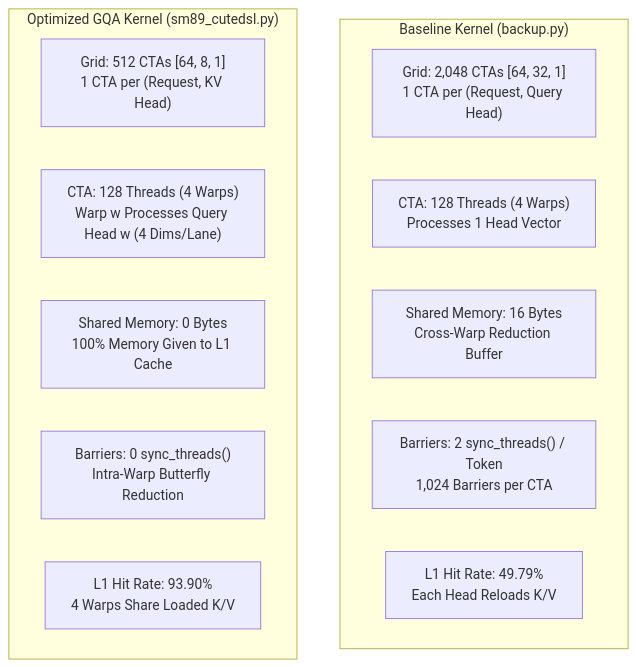
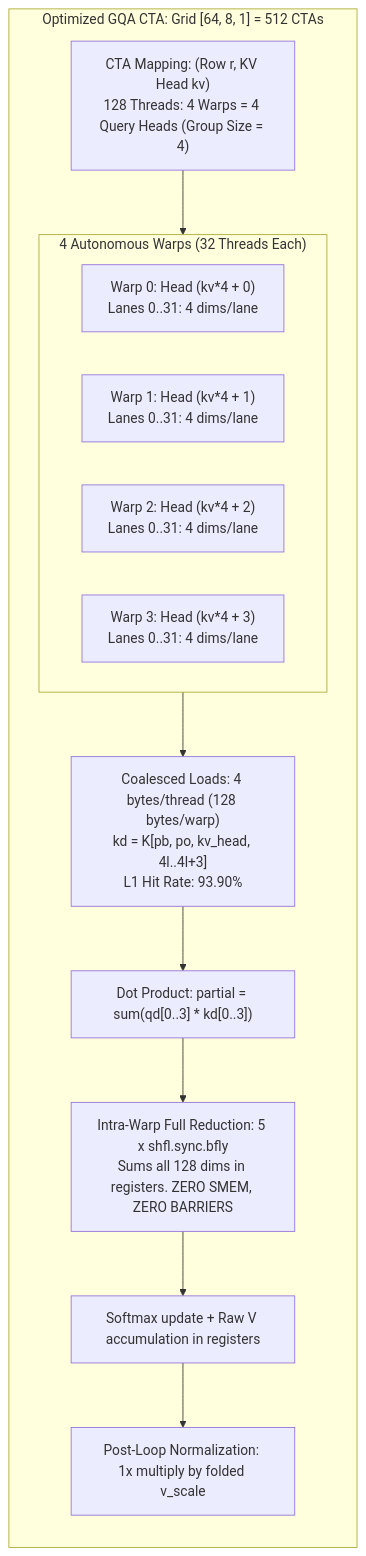
Before and after one commit to Ammar-Alnagar/QSA-FP8-SM89: the second of 2 diagrams in wrtiteup.md, drawn with Mermaid. The commit also changed other lines of this file, not shown here.

First line of the commit message:
Update technical report with SM89 GQA kernel optimization analysis

````diff
--- a/wrtiteup.md
+++ b/wrtiteup.md
@@ -46,18 +113,22 @@
 ```mermaid
 flowchart TD
-    subgraph Baseline ["Baseline Kernel (backup.py)"]
-        B_GRID["Grid: 2,048 CTAs [64, 32, 1]<br/>1 CTA per (Request, Query Head)"]
-        B_CTA["CTA: 128 Threads (4 Warps)<br/>Processes 1 Head Vector"]
-        B_SMEM["Shared Memory: 16 Bytes<br/>Cross-Warp Reduction Buffer"]
-        B_SYNC["Barriers: 2 sync_threads() / Token<br/>1,024 Barriers per CTA"]
-        B_L1["L1 Hit Rate: 49.79%<br/>Each Head Reloads K/V"]
+    subgraph OptCTA ["Optimized GQA CTA: Grid [64, 8, 1] = 512 CTAs"]
+        direction TB
+        O_MAP["CTA Mapping: (Row r, KV Head kv)<br/>128 Threads: 4 Warps = 4 Query Heads (Group Size = 4)"]
+        
+        subgraph Warps ["4 Autonomous Warps (32 Threads Each)"]
+            W0["Warp 0: Head (kv*4 + 0)<br/>Lanes 0..31: 4 dims/lane"]
+            W1["Warp 1: Head (kv*4 + 1)<br/>Lanes 0..31: 4 dims/lane"]
+            W2["Warp 2: Head (kv*4 + 2)<br/>Lanes 0..31: 4 dims/lane"]
+            W3["Warp 3: Head (kv*4 + 3)<br/>Lanes 0..31: 4 dims/lane"]
+        end
+
+        O_LOAD["Coalesced Loads: 4 bytes/thread (128 bytes/warp)<br/>kd = K[pb, po, kv_head, 4l..4l+3]<br/>L1 Hit Rate: 93.90%"]
+        O_PART["Dot Product: partial = sum(qd[0..3] * kd[0..3])"]
+        O_SHFL["Intra-Warp Full Reduction: 5 x shfl.sync.bfly<br/>Sums all 128 dims in registers. ZERO SMEM, ZERO BARRIERS"]
+        O_ACC["Softmax update + Raw V accumulation in registers"]
+        O_POST["Post-Loop Normalization: 1x multiply by folded v_scale"]
     end
 
-    subgraph Optimized ["Optimized GQA Kernel (sm89_cutedsl.py)"]
-        O_GRID["Grid: 512 CTAs [64, 8, 1]<br/>1 CTA per (Request, KV Head)"]
-        O_CTA["CTA: 128 Threads (4 Warps)<br/>Warp w Processes Query Head w (4 Dims/Lane)"]
-        O_SMEM["Shared Memory: 0 Bytes<br/>100% Memory Given to L1 Cache"]
-        O_SYNC["Barriers: 0 sync_threads()<br/>Intra-Warp Butterfly Reduction"]
-        O_L1["L1 Hit Rate: 93.90%<br/>4 Warps Share Loaded K/V"]
-    end
+    O_MAP --> Warps --> O_LOAD --> O_PART --> O_SHFL --> O_ACC --> O_POST
 ```
````
